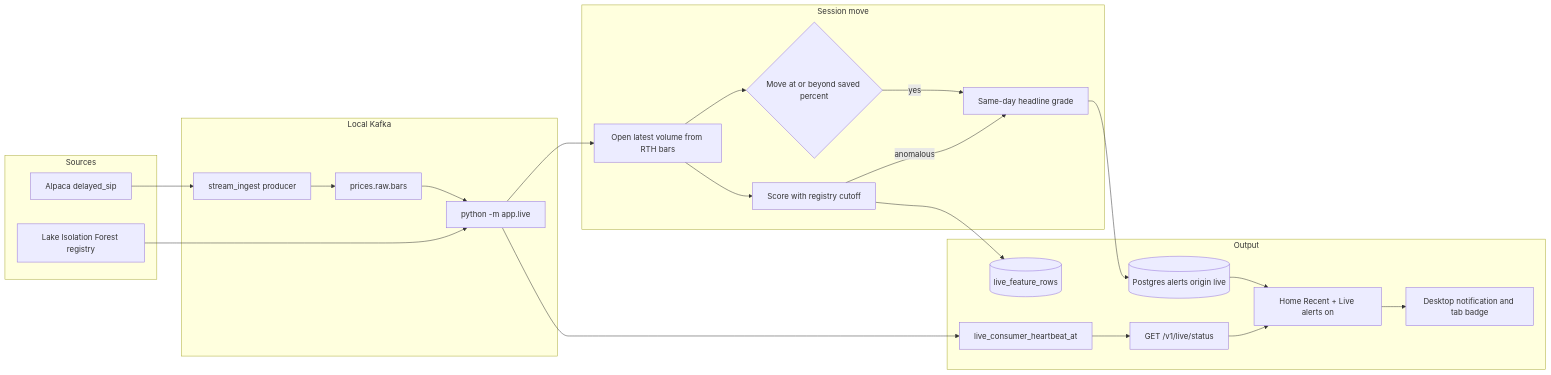
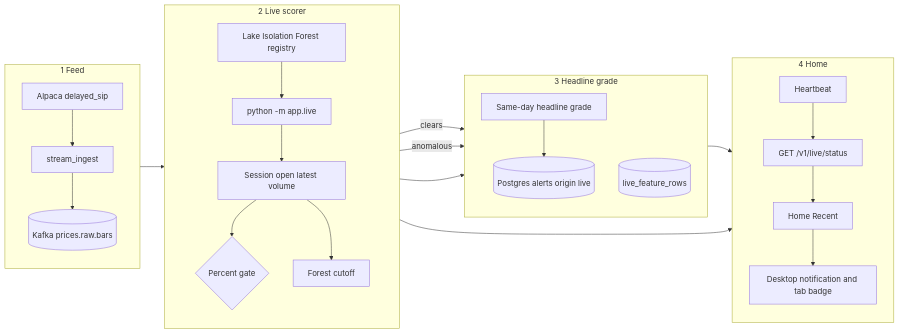
One commit to sameerde4/ticker-alert-system changed the third of 10 diagrams in docs/architecture.md. Above: the diagram before and after it, drawn with Mermaid. The commit also changed other lines of this file and 2 other files, not shown here.

First line of the commit message:
Publish finished-system architecture with slide-friendly diagrams.

````diff
--- a/docs/architecture.md
+++ b/docs/architecture.md
@@ -236,40 +242,34 @@
 ```mermaid
 flowchart LR
-    subgraph sources [Sources]
-        ALP[Alpaca delayed_sip]
-        REG[Lake Isolation Forest registry]
+    subgraph feed [1 Feed]
+        direction TB
+        ALP[Alpaca delayed_sip] --> PROD[stream_ingest]
+        PROD --> TOPIC[(Kafka prices.raw.bars)]
     end
 
-    subgraph bus [Local Kafka]
-        PROD[stream_ingest producer]
-        TOPIC[prices.raw.bars]
-        LIVE[python -m app.live]
+    subgraph score [2 Live scorer]
+        direction TB
+        TOPIC --> LIVE[python -m app.live]
+        REG[Lake Isolation Forest registry] --> LIVE
+        LIVE --> BOOK[Session open latest volume]
+        BOOK --> RULE2{Percent gate}
+        BOOK --> FOREST[Forest cutoff]
     end
 
-    subgraph decide [Session move]
-        BOOK[Open latest volume from RTH bars]
-        RULE2{Move at or beyond saved percent}
-        FOREST[Score with registry cutoff]
-        NEWSU[Same-day headline grade]
+    subgraph join [3 Headline grade]
+        direction TB
+        RULE2 -->|clears| NEWSU[Same-day headline grade]
+        FOREST -->|anomalous| NEWSU
+        NEWSU --> PG[(Postgres alerts origin live)]
+        FOREST --> FEAT[(live_feature_rows)]
     end
 
-    subgraph out2 [Output]
-        PG[(Postgres alerts origin live)]
-        FEAT[(live_feature_rows)]
-        BEAT[live_consumer_heartbeat_at]
-        API[GET /v1/live/status]
-        UI2[Home Recent + Live alerts on]
-        NOTE2[Desktop notification and tab badge]
+    subgraph ui [4 Home]
+        direction TB
+        LIVE --> BEAT[Heartbeat]
+        BEAT --> API[GET /v1/live/status]
+        PG --> UI2[Home Recent]
+        API --> UI2
+        UI2 --> NOTE2[Desktop notification and tab badge]
     end
-
-    ALP --> PROD --> TOPIC --> LIVE
-    REG --> LIVE
-    LIVE --> BOOK --> RULE2
-    BOOK --> FOREST
-    RULE2 -->|yes| NEWSU
-    FOREST -->|anomalous| NEWSU
-    NEWSU --> PG
-    FOREST --> FEAT
-    LIVE --> BEAT --> API --> UI2
-    PG --> UI2 --> NOTE2
 ```
````
